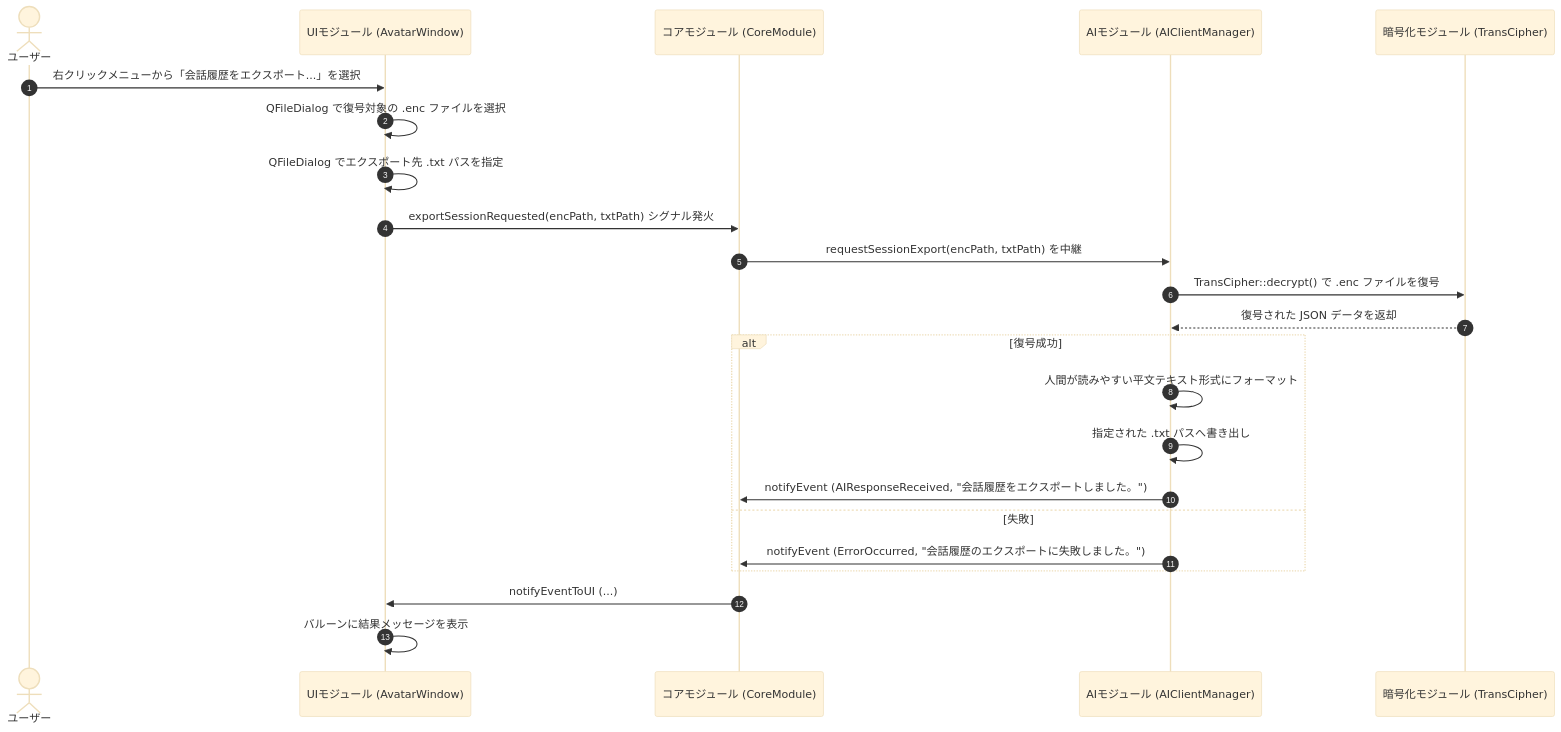
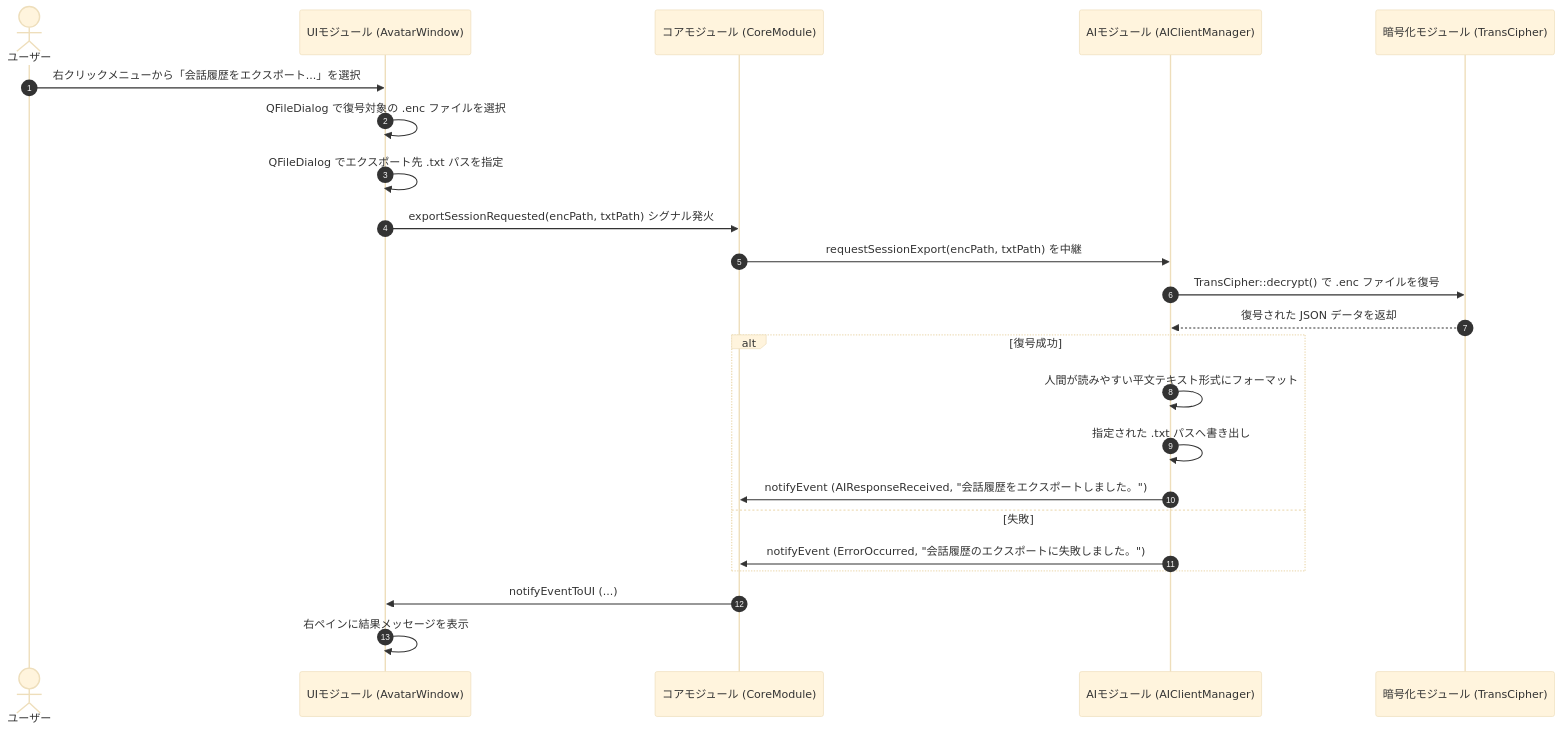
Before and after one commit to BLUE000/AiAssistantAvatar: the ninth of 11 diagrams in doc/BasicDesign.md, drawn with Mermaid (base theme). The commit also changed other lines of this file and 5 other files, not shown here.

````diff
--- a/doc/BasicDesign.md
+++ b/doc/BasicDesign.md
@@ -404,26 +404,26 @@
 ```mermaid
 sequenceDiagram
     autonumber
     actor User as ユーザー
     participant UI as UIモジュール (AvatarWindow)
     participant Core as コアモジュール (CoreModule)
     participant AI as AIモジュール (AIClientManager)
     participant TC as 暗号化モジュール (TransCipher)
 
     User->>UI: 右クリックメニューから「会話履歴をエクスポート...」を選択
     UI->>UI: QFileDialog で復号対象の .enc ファイルを選択
     UI->>UI: QFileDialog でエクスポート先 .txt パスを指定
     UI->>Core: exportSessionRequested(encPath, txtPath) シグナル発火
     Core->>AI: requestSessionExport(encPath, txtPath) を中継
     AI->>TC: TransCipher::decrypt() で .enc ファイルを復号
     TC-->>AI: 復号された JSON データを返却
     alt 復号成功
         AI->>AI: 人間が読みやすい平文テキスト形式にフォーマット
         AI->>AI: 指定された .txt パスへ書き出し
         AI->>Core: notifyEvent (AIResponseReceived, "会話履歴をエクスポートしました。")
     else 失敗
         AI->>Core: notifyEvent (ErrorOccurred, "会話履歴のエクスポートに失敗しました。")
     end
     Core->>UI: notifyEventToUI (...)
-    UI->>UI: バルーンに結果メッセージを表示
+    UI->>UI: 右ペインに結果メッセージを表示
 ```
````
